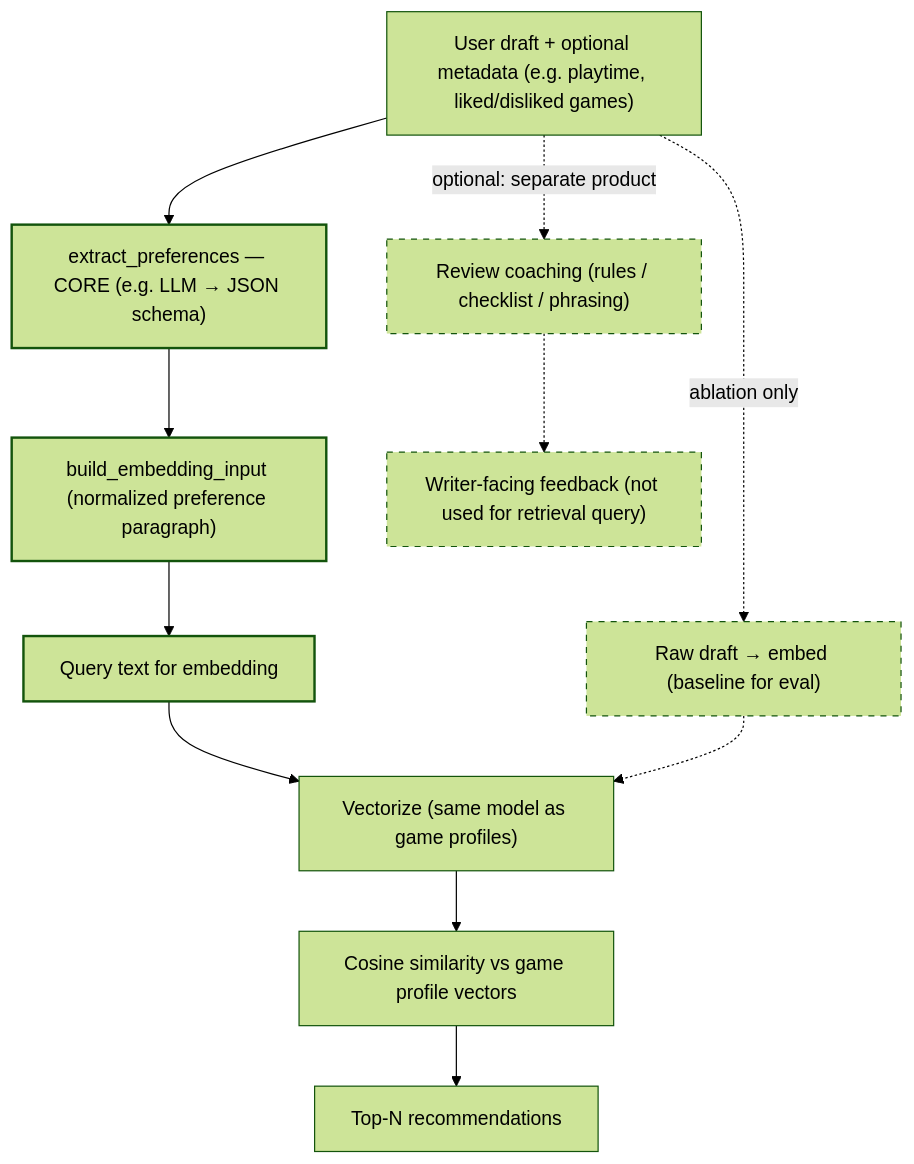
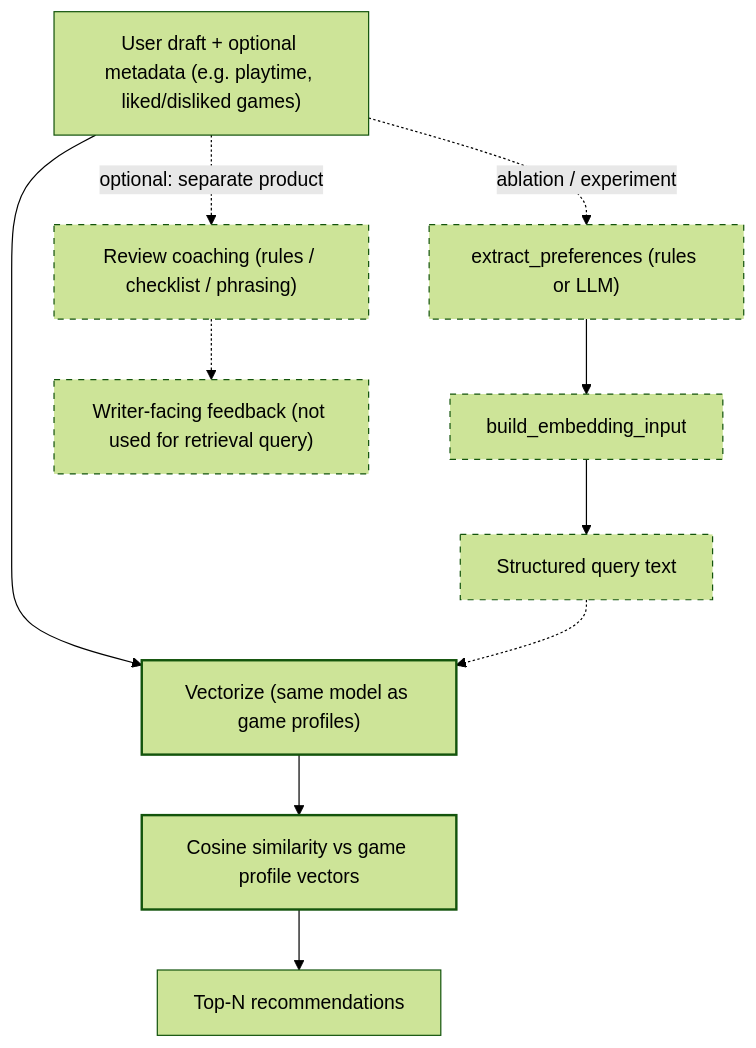
One commit to rreuther8/steam-review-ml changed the first of 2 diagrams in docs/recommender_transition_plan.md. Above: the diagram before and after it, drawn with Mermaid (forest theme). The commit also changed other lines of this file and 6 other files, not shown here.

Commit message:
Adding strucutred vs raw query evaluation on validation dataset"

````diff
--- a/docs/recommender_transition_plan.md
+++ b/docs/recommender_transition_plan.md
@@ -71,25 +84,24 @@
 ```mermaid
 flowchart TB
   IN["User draft + optional metadata (e.g. playtime, liked/disliked games)"]
 
-  IN --> EXT["extract_preferences — CORE (e.g. LLM → JSON schema)"]
-  EXT --> BUILD["build_embedding_input (normalized preference paragraph)"]
-  BUILD --> SYNTH["Query text for embedding"]
-
-  SYNTH --> VEC["Vectorize (same model as game profiles)"]
+  IN --> VEC["Vectorize (same model as game profiles)"]
   VEC --> SIM["Cosine similarity vs game profile vectors"]
   SIM --> TOP["Top-N recommendations"]
+
+  IN -.->|ablation / experiment| EXT["extract_preferences (rules or LLM)"]
+  EXT --> BUILD["build_embedding_input"]
+  BUILD --> SYNTH["Structured query text"]
+  SYNTH -.-> VEC
 
   IN -.->|optional: separate product| COACH["Review coaching (rules / checklist / phrasing)"]
   COACH -.-> UI["Writer-facing feedback (not used for retrieval query)"]
 
-  IN -.->|ablation only| RAW["Raw draft → embed (baseline for eval)"]
-  RAW -.-> VEC
-
   style COACH stroke-dasharray: 5 5
   style UI stroke-dasharray: 5 5
-  style RAW stroke-dasharray: 5 5
-  style EXT stroke-width:2px
-  style BUILD stroke-width:2px
-  style SYNTH stroke-width:2px
+  style EXT stroke-dasharray: 5 5
+  style BUILD stroke-dasharray: 5 5
+  style SYNTH stroke-dasharray: 5 5
+  style VEC stroke-width:2px
+  style SIM stroke-width:2px
 ```
````
